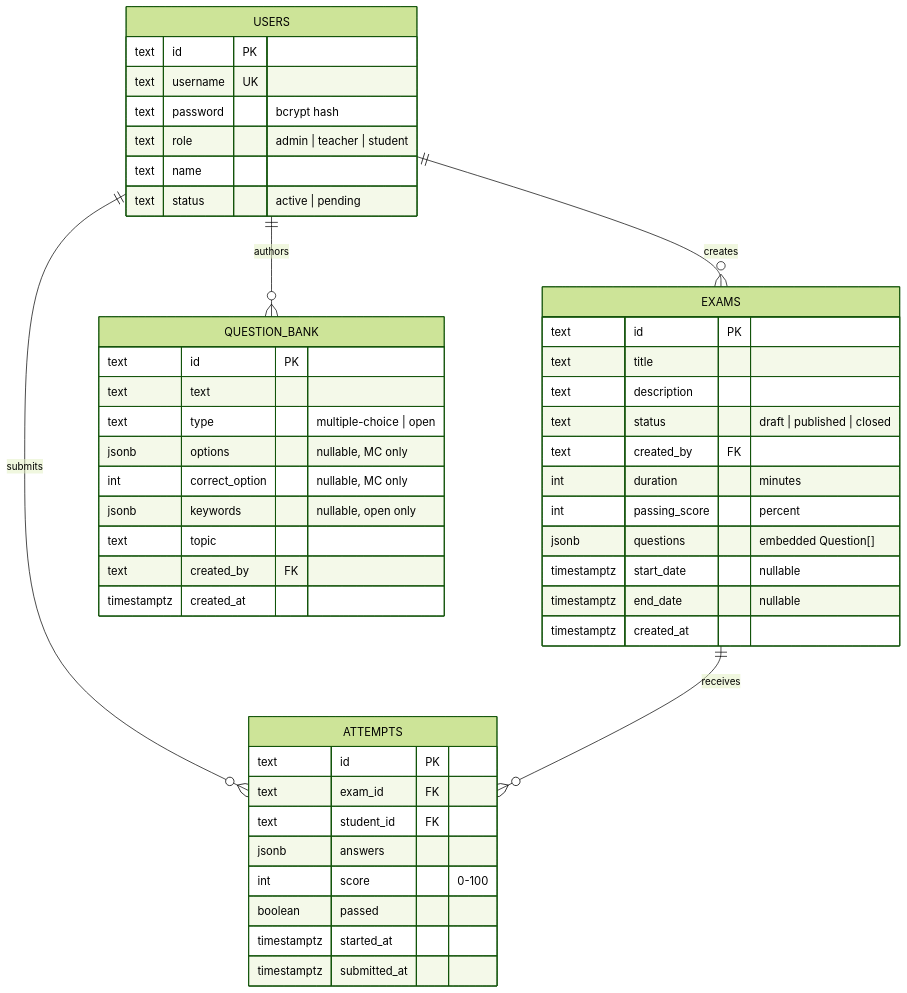
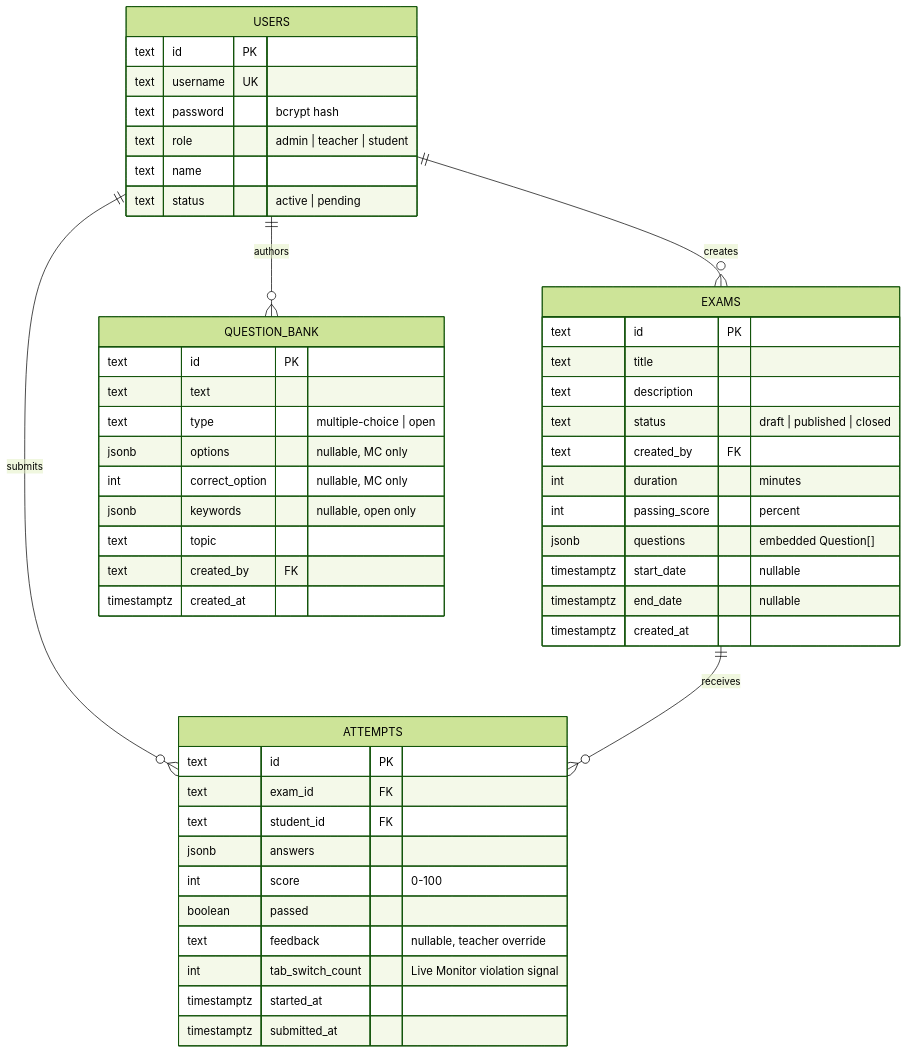
One commit to Hkuser18/FullStack_React changed the second of 9 diagrams in docs/ARCHITECTURE.md. Above: the diagram before and after it, drawn with Mermaid (forest theme). The commit also changed other lines of this file and 3 other files, not shown here.

First line of the commit message:
Add final-submission documentation: architecture, API, and workflow docs

````diff
--- a/docs/ARCHITECTURE.md
+++ b/docs/ARCHITECTURE.md
@@ -26,50 +79,52 @@
 ```mermaid
 erDiagram
     USERS ||--o{ EXAMS : creates
     USERS ||--o{ ATTEMPTS : submits
     USERS ||--o{ QUESTION_BANK : authors
     EXAMS ||--o{ ATTEMPTS : receives
 
     USERS {
         text id PK
         text username UK
         text password "bcrypt hash"
         text role "admin | teacher | student"
         text name
         text status "active | pending"
     }
     EXAMS {
         text id PK
         text title
         text description
         text status "draft | published | closed"
         text created_by FK
         int duration "minutes"
         int passing_score "percent"
         jsonb questions "embedded Question[]"
         timestamptz start_date "nullable"
         timestamptz end_date "nullable"
         timestamptz created_at
     }
     ATTEMPTS {
         text id PK
         text exam_id FK
         text student_id FK
         jsonb answers
         int score "0-100"
         boolean passed
+        text feedback "nullable, teacher override"
+        int tab_switch_count "Live Monitor violation signal"
         timestamptz started_at
         timestamptz submitted_at
     }
     QUESTION_BANK {
         text id PK
         text text
         text type "multiple-choice | open"
         jsonb options "nullable, MC only"
         int correct_option "nullable, MC only"
         jsonb keywords "nullable, open only"
         text topic
         text created_by FK
         timestamptz created_at
     }
 ```
````
